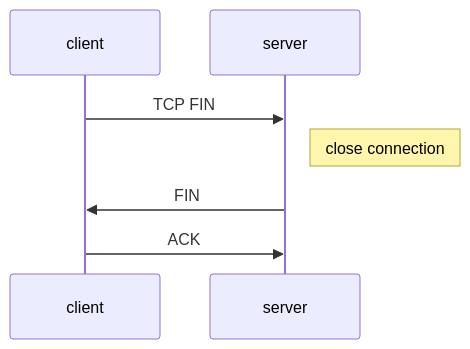
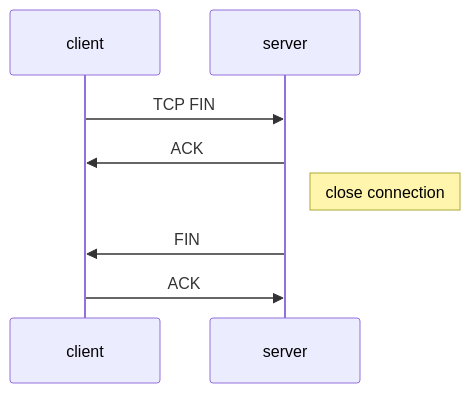
The second of 9 diagrams in technology/computerBasis/network/README.md (Alex-wfh/Learn), drawn with Mermaid before and after one commit. The commit also changed other lines of this file and 9 other files, not shown here.

````diff
--- a/technology/computerBasis/network/README.md
+++ b/technology/computerBasis/network/README.md
@@ -343,7 +343,8 @@
 ```mermaid
 sequenceDiagram
 	client ->> server: TCP FIN
+	server ->> client: ACK
 	note right of server: close connection
 	server ->> client: FIN 
 	client ->> server: ACK
 ```
````
